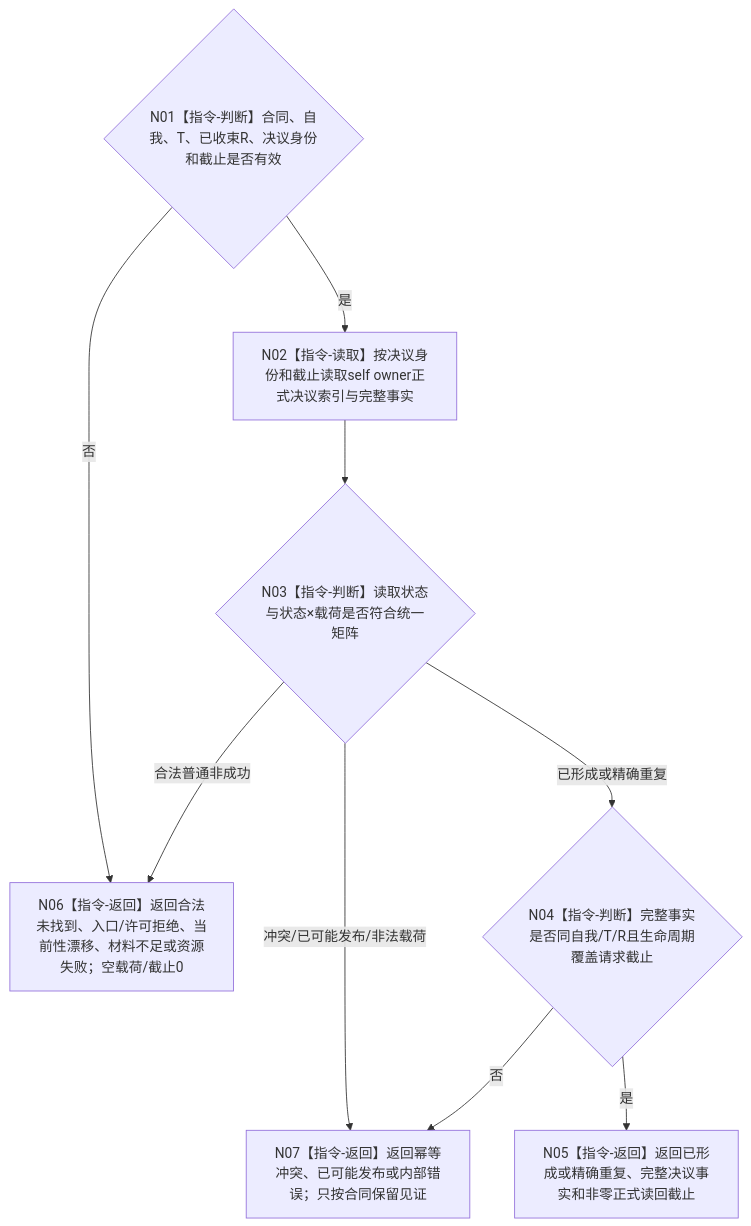
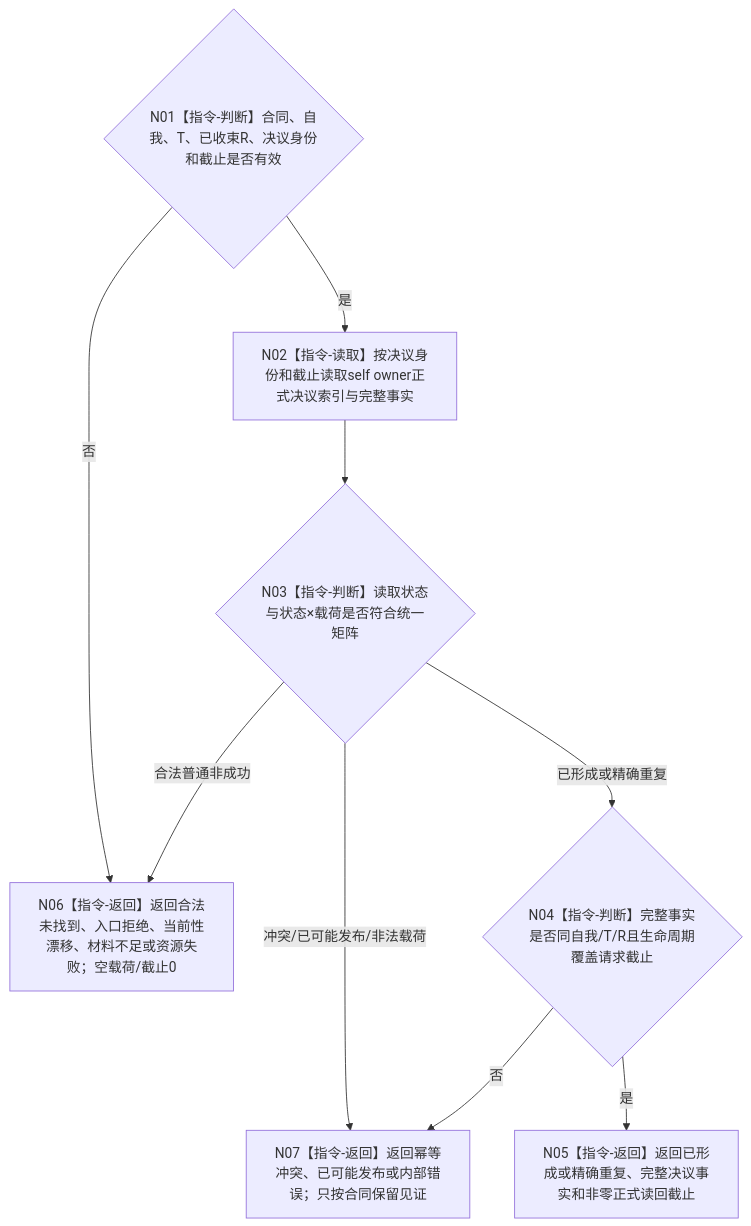
The diagram in 流程图/目标业务流程图/L4/BIZ-L4-004-16-01-01_读取自我任务后继决议_目标函数流程图_v0.2.md (chunhaizh-cyber/HY-Ego), drawn with Mermaid before and after one commit. The commit also changed other lines of this file and 24 other files, not shown here.

````diff
--- a/流程图/目标业务流程图/L4/BIZ-L4-004-16-01-01_读取自我任务后继决议_目标函数流程图_v0.2.md
+++ b/流程图/目标业务流程图/L4/BIZ-L4-004-16-01-01_读取自我任务后继决议_目标函数流程图_v0.2.md
@@ -32,18 +32,18 @@
 ```mermaid
 flowchart TD
     N01{"N01【指令-判断】合同、自我、T、已收束R、决议身份和截止是否有效"}
     N02["N02【指令-读取】按决议身份和截止读取self owner正式决议索引与完整事实"]
     N03{"N03【指令-判断】读取状态与状态×载荷是否符合统一矩阵"}
     N04{"N04【指令-判断】完整事实是否同自我/T/R且生命周期覆盖请求截止"}
     N05["N05【指令-返回】返回已形成或精确重复、完整决议事实和非零正式读回截止"]
-    N06["N06【指令-返回】返回合法未找到、入口/许可拒绝、当前性漂移、材料不足或资源失败；空载荷/截止0"]
+    N06["N06【指令-返回】返回合法未找到、入口拒绝、当前性漂移、材料不足或资源失败；空载荷/截止0"]
     N07["N07【指令-返回】返回幂等冲突、已可能发布或内部错误；只按合同保留见证"]
 
     N01 -->|否| N06
     N01 -->|是| N02 --> N03
     N03 -->|合法普通非成功| N06
     N03 -->|冲突/已可能发布/非法载荷| N07
     N03 -->|已形成或精确重复| N04
     N04 -->|否| N07
     N04 -->|是| N05
 ```
````
